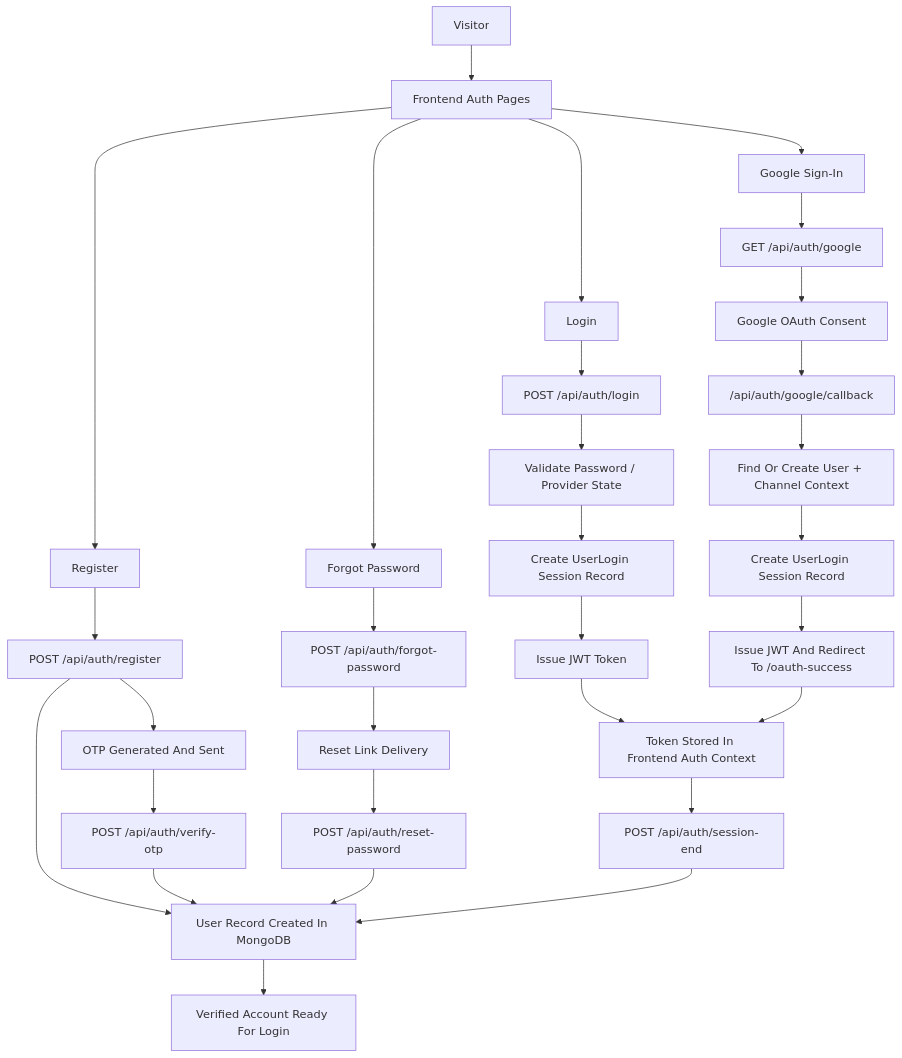
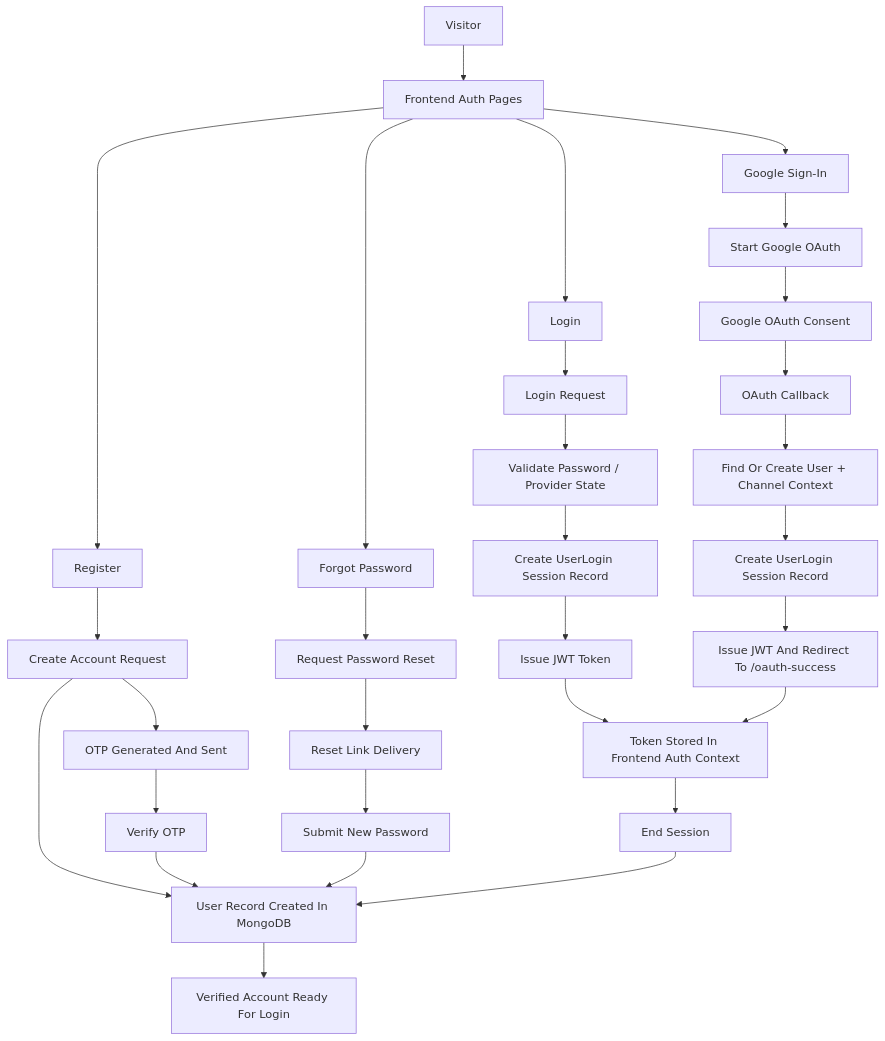
Before and after one commit to samakshrastogi/SK-MediaFlow: the second of 11 diagrams in README.md, drawn with Mermaid. The commit also changed other lines of this file, not shown here.

````diff
--- a/README.md
+++ b/README.md
@@ -125,37 +125,37 @@
 ```mermaid
 flowchart TD
     U["Visitor"] --> A1["Frontend Auth Pages"]
 
     A1 --> R1["Register"]
-    R1 --> API1["POST /api/auth/register"]
+    R1 --> API1["Create Account Request"]
     API1 --> DB["User Record Created In MongoDB"]
     API1 --> OTP["OTP Generated And Sent"]
-    OTP --> V1["POST /api/auth/verify-otp"]
+    OTP --> V1["Verify OTP"]
     V1 --> DB
     DB --> READY["Verified Account Ready For Login"]
 
     A1 --> L1["Login"]
-    L1 --> API2["POST /api/auth/login"]
+    L1 --> API2["Login Request"]
     API2 --> AUTH["Validate Password / Provider State"]
     AUTH --> LOGINREC["Create UserLogin Session Record"]
     LOGINREC --> JWT["Issue JWT Token"]
     JWT --> FE["Token Stored In Frontend Auth Context"]
 
     A1 --> G1["Google Sign-In"]
-    G1 --> GAPI["GET /api/auth/google"]
+    G1 --> GAPI["Start Google OAuth"]
     GAPI --> GOOGLE["Google OAuth Consent"]
-    GOOGLE --> GCALL["/api/auth/google/callback"]
+    GOOGLE --> GCALL["OAuth Callback"]
     GCALL --> PROFILE["Find Or Create User + Channel Context"]
     PROFILE --> GLOGIN["Create UserLogin Session Record"]
     GLOGIN --> GJWT["Issue JWT And Redirect To /oauth-success"]
     GJWT --> FE
 
     A1 --> FP["Forgot Password"]
-    FP --> FPAPI["POST /api/auth/forgot-password"]
+    FP --> FPAPI["Request Password Reset"]
     FPAPI --> MAIL["Reset Link Delivery"]
-    MAIL --> RESET["POST /api/auth/reset-password"]
+    MAIL --> RESET["Submit New Password"]
     RESET --> DB
 
-    FE --> END["POST /api/auth/session-end"]
+    FE --> END["End Session"]
     END --> DB
 ```
````
